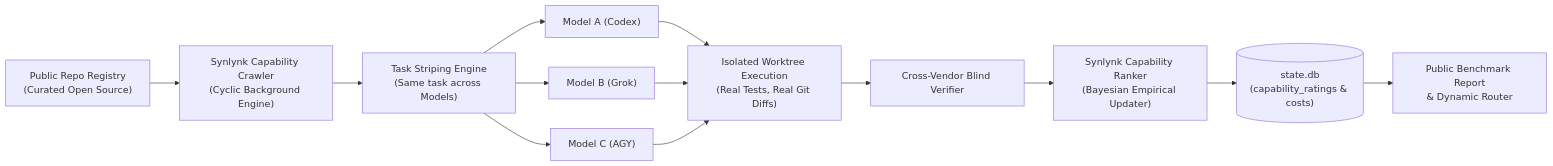
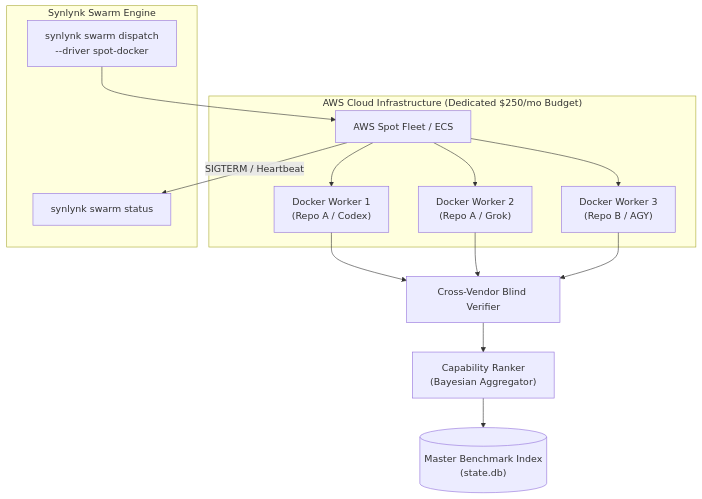
One commit to nikhilsoman/synlynk changed the second of 4 diagrams in docs/superpowers/specs/2026-10-19-real-capability-and-cost-metrics-design.md. Above: the diagram before and after it, drawn with Mermaid. The commit also changed other lines of this file and 3 other files, not shown here.

First line of the commit message:
docs(specs): update design spec with dedicated budget, AWS Spot Swarm driver, and AV-style definition packs

````diff
--- a/docs/superpowers/specs/2026-10-19-real-capability-and-cost-metrics-design.md
+++ b/docs/superpowers/specs/2026-10-19-real-capability-and-cost-metrics-design.md
@@ -121,15 +121,17 @@
 ```mermaid
-flowchart LR
-    RepoRegistry["Public Repo Registry\n(Curated Open Source)"] --> Crawler["Synlynk Capability Crawler\n(Cyclic Background Engine)"]
-    Crawler --> Striping["Task Striping Engine\n(Same task across Models)"]
-    Striping --> ModelA["Model A (Codex)"]
-    Striping --> ModelB["Model B (Grok)"]
-    Striping --> ModelC["Model C (AGY)"]
-    ModelA --> IsolatedWT["Isolated Worktree Execution\n(Real Tests, Real Git Diffs)"]
-    ModelB --> IsolatedWT
-    ModelC --> IsolatedWT
-    IsolatedWT --> Verifier["Cross-Vendor Blind Verifier"]
-    Verifier --> Ranker["Synlynk Capability Ranker\n(Bayesian Empirical Updater)"]
-    Ranker --> StateDB[("state.db\n(capability_ratings & costs)")]
-    StateDB --> Report["Public Benchmark Report\n& Dynamic Router"]
+flowchart TD
+    subgraph CloudInfra["AWS Cloud Infrastructure (Dedicated $250/mo Budget)"]
+        SpotMgr["AWS Spot Fleet / ECS"] --> C1["Docker Worker 1\n(Repo A / Codex)"]
+        SpotMgr --> C2["Docker Worker 2\n(Repo A / Grok)"]
+        SpotMgr --> C3["Docker Worker 3\n(Repo B / AGY)"]
+    end
+
+    subgraph SwarmControl["Synlynk Swarm Engine"]
+        SwarmDispatch["synlynk swarm dispatch\n--driver spot-docker"] --> SpotMgr
+        SpotMgr -- "SIGTERM / Heartbeat" --> SwarmStatus["synlynk swarm status"]
+    end
+
+    C1 & C2 & C3 --> Verifier["Cross-Vendor Blind Verifier"]
+    Verifier --> Ranker["Capability Ranker\n(Bayesian Aggregator)"]
+    Ranker --> MasterIndex[("Master Benchmark Index\n(state.db)")]
 ```
````
